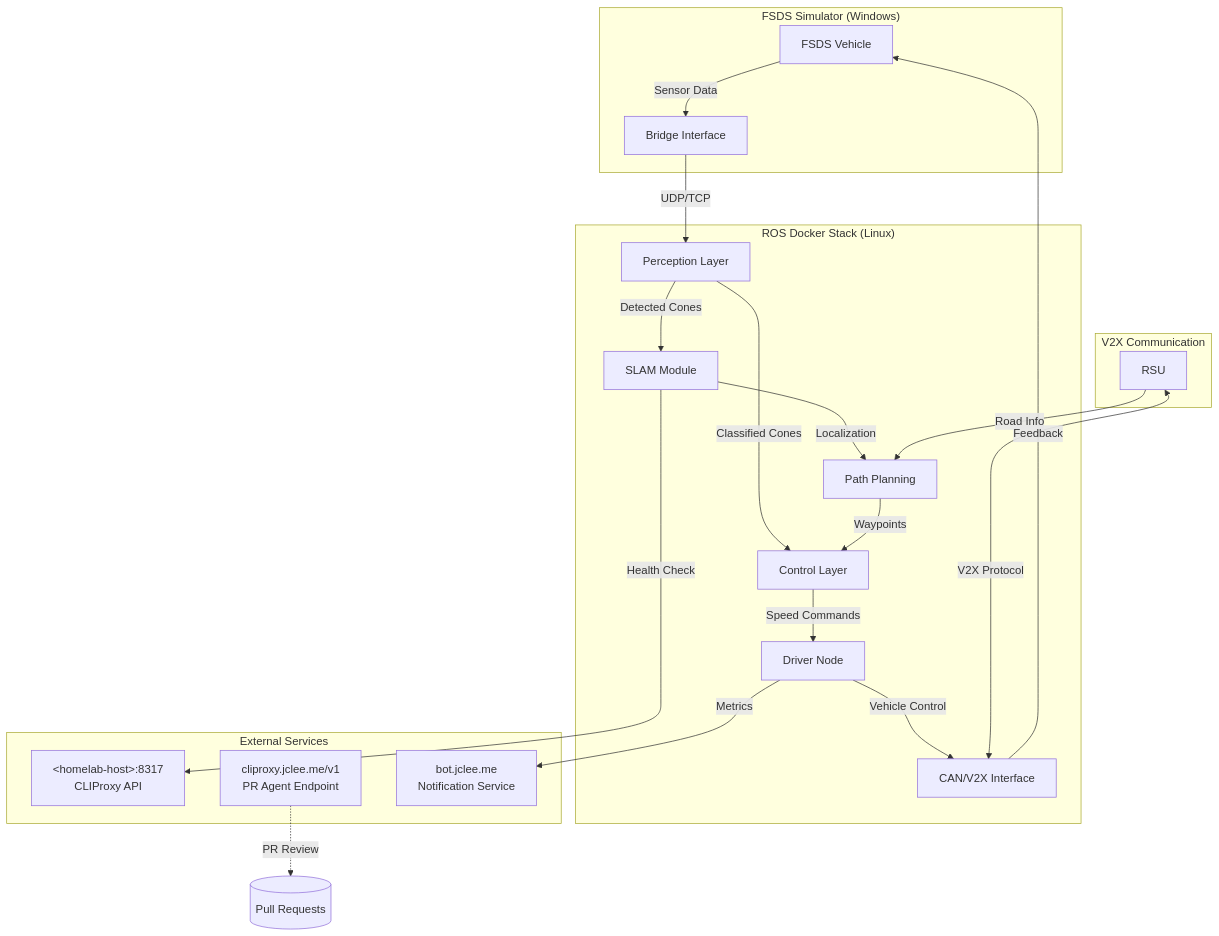
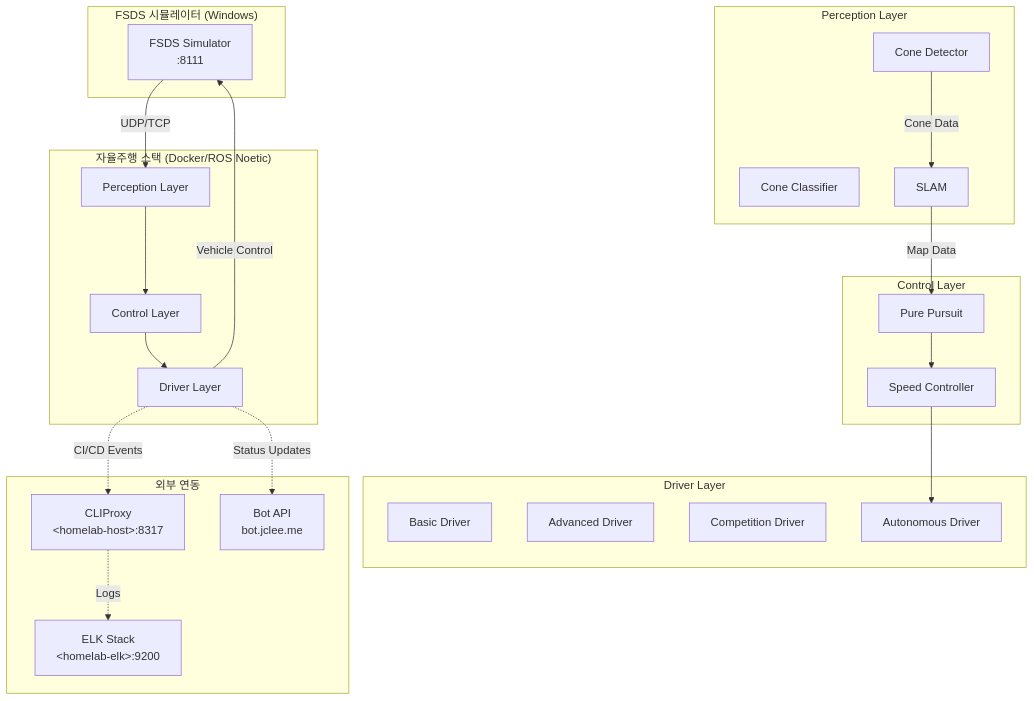
Before and after one commit to jclee941/hycu_fsds: the diagram in README.md, drawn with Mermaid. The commit also changed other lines of this file, not shown here.

````diff
--- a/README.md
+++ b/README.md
@@ -82,34 +75,52 @@
 ```mermaid
 flowchart TB
-    subgraph Simulator["FSDS Simulator (Windows)"]
-        A[FSDS Vehicle] -->|Sensor Data| B[Bridge Interface]
+    subgraph Simulator["FSDS 시뮬레이터 (Windows)"]
+        A["FSDS Simulator<br/>:8111"]
     end
 
-    subgraph DockerStack["ROS Docker Stack (Linux)"]
-        C[Perception Layer]
-        C -->|Detected Cones| D[SLAM Module]
-        C -->|Classified Cones| E[Control Layer]
-        D -->|Localization| F[Path Planning]
-        E -->|Speed Commands| G[Driver Node]
-        F -->|Waypoints| E
-        G -->|Vehicle Control| H[CAN/V2X Interface]
+    subgraph Compute["자율주행 스택 (Docker/ROS Noetic)"]
+        B[" Perception Layer"]
+        C[" Control Layer"]
+        D[" Driver Layer"]
+        
+        B --> C
+        C --> D
     end
 
-    subgraph V2X["V2X Communication"]
-        I[RSU] <-->|V2X Protocol| H
-        I -->|Road Info| F
+    subgraph Perception["Perception Layer"]
+        B1[" Cone Detector"]
+        B2[" Cone Classifier"]
+        B3[" SLAM"]
     end
 
-    B -->|UDP/TCP| C
-    H -->|Feedback| A
-
-    subgraph External["External Services"]
-        J["&lt;homelab-host&gt;:8317<br/>CLIProxy API"] 
-        K["cliproxy.jclee.me/v1<br/>PR Agent Endpoint"]
-        L["bot.jclee.me<br/>Notification Service"]
+    subgraph Control["Control Layer"]
+        C1[" Pure Pursuit"]
+        C2[" Speed Controller"]
     end
 
-    D -->|Health Check| J
-    G -->|Metrics| L
-    K -.->|PR Review| M[(Pull Requests)]
+    subgraph Driver["Driver Layer"]
+        D1[" Basic Driver"]
+        D2[" Advanced Driver"]
+        D3[" Competition Driver"]
+        D4[" Autonomous Driver"]
+    end
+
+    subgraph External["외부 연동"]
+        E["CLIProxy<br/>&lt;homelab-host&gt;:8317"]
+        F["Bot API<br/>bot.jclee.me"]
+        G["ELK Stack<br/>&lt;homelab-elk&gt;:9200"]
+    end
+
+    A -->|"UDP/TCP"| B
+    D -->|"Vehicle Control"| A
+    
+    B1 -->|"Cone Data"| B3
+    B3 -->|"Map Data"| C1
+    
+    C1 --> C2
+    C2 --> D4
+    
+    D -.->|"CI/CD Events"| E
+    D -.->|"Status Updates"| F
+    E -.->|"Logs"| G
 ```
````
